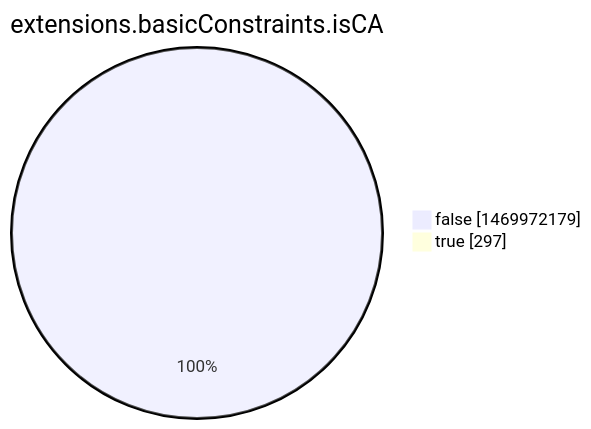
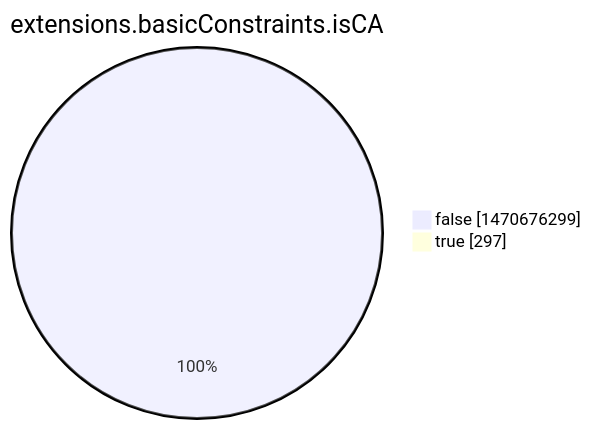
One commit to christiankrug/ctmonitor_visualization changed the eighth of 15 diagrams in argon2022/README.md. Above: the diagram before and after it, drawn with Mermaid. The commit also changed other lines of this file, not shown here.

````diff
--- a/argon2022/README.md
+++ b/argon2022/README.md
@@ -2760,6 +2760,6 @@
 ```mermaid
 pie showData
 title extensions.basicConstraints.isCA
-"false" :1469972179
+"false" :1470676299
 "true" :297
 ```
````
